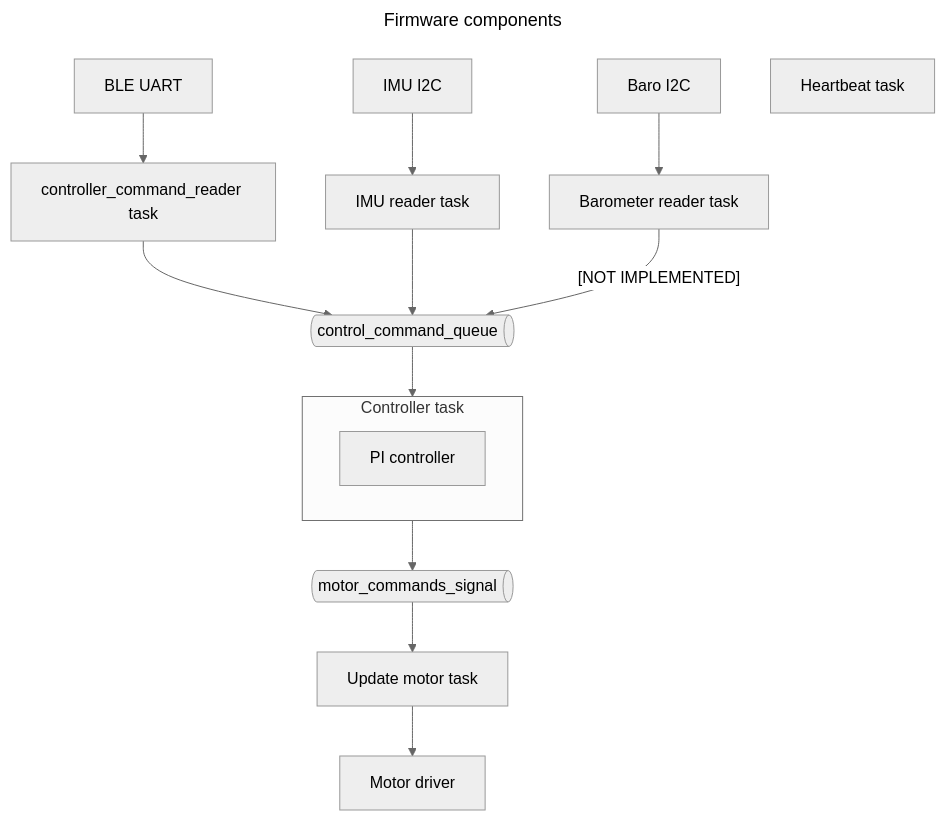
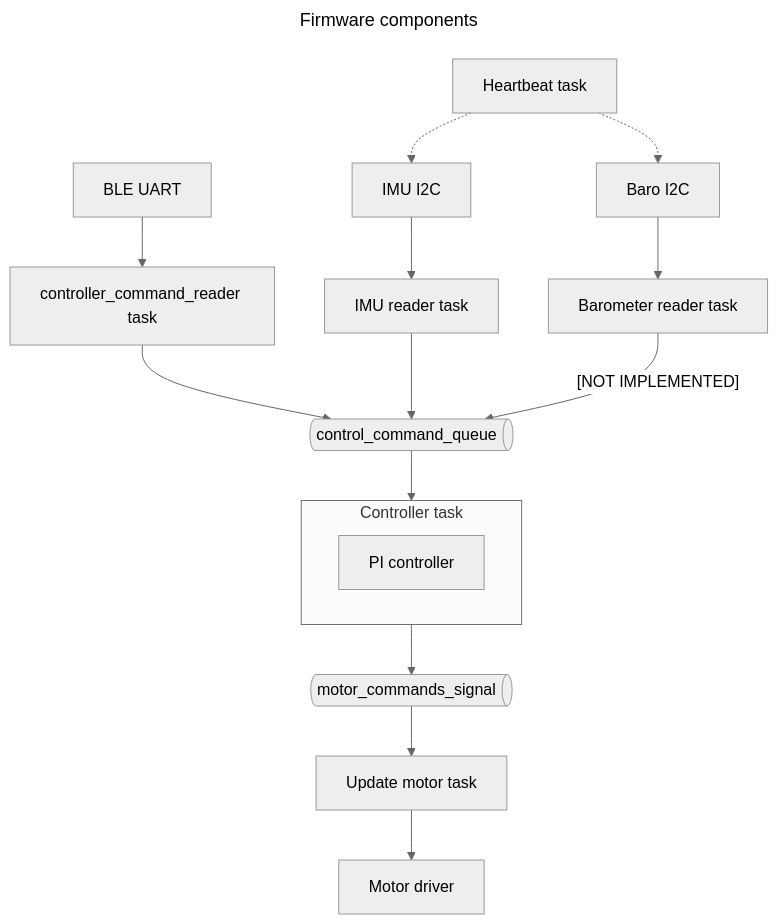
The second of 2 diagrams in README.md (sulevsky/climber), drawn with Mermaid (neutral theme) before and after one commit. The commit also changed other lines of this file and 12 other files, not shown here.

````diff
--- a/README.md
+++ b/README.md
@@ -61,37 +80,39 @@
 ```mermaid
 ---
 title: Firmware components
 ---
 flowchart TD
     control_command_queue@{ shape: das, label: "control_command_queue" }
     controller_command_reader[controller_command_reader task]
     ble_uart[BLE UART]
     controller_command_reader --> control_command_queue
     ble_uart --> controller_command_reader
 
     imu_reader[IMU reader task]
     imu_i2c[IMU I2C]
     imu_reader --> control_command_queue
     imu_i2c --> imu_reader
 
     baro_reader[Barometer reader task]
     baro_i2c[Baro I2C]
     baro_reader --[NOT IMPLEMENTED]--> control_command_queue
     baro_i2c --> baro_reader
 
     
     subgraph main_controller[Controller task]
         pi_controller["PI controller"]
     end
     control_command_queue --> main_controller
 
     update_motor[Update motor task]
     motor_driver[Motor driver]
     update_motor --> motor_driver
     motor_commands_signal@{ shape: das, label: "motor_commands_signal" }
 
     motor_commands_signal --> update_motor
     main_controller --> motor_commands_signal
 
     heartbeat[Heartbeat task]
+    heartbeat -.-> baro_i2c
+    heartbeat -.-> imu_i2c
 ```
````
